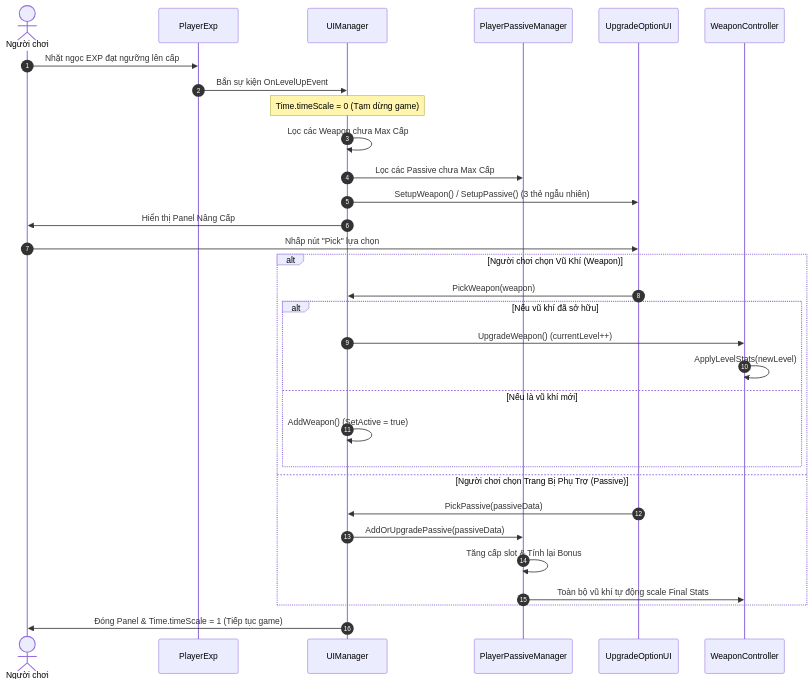
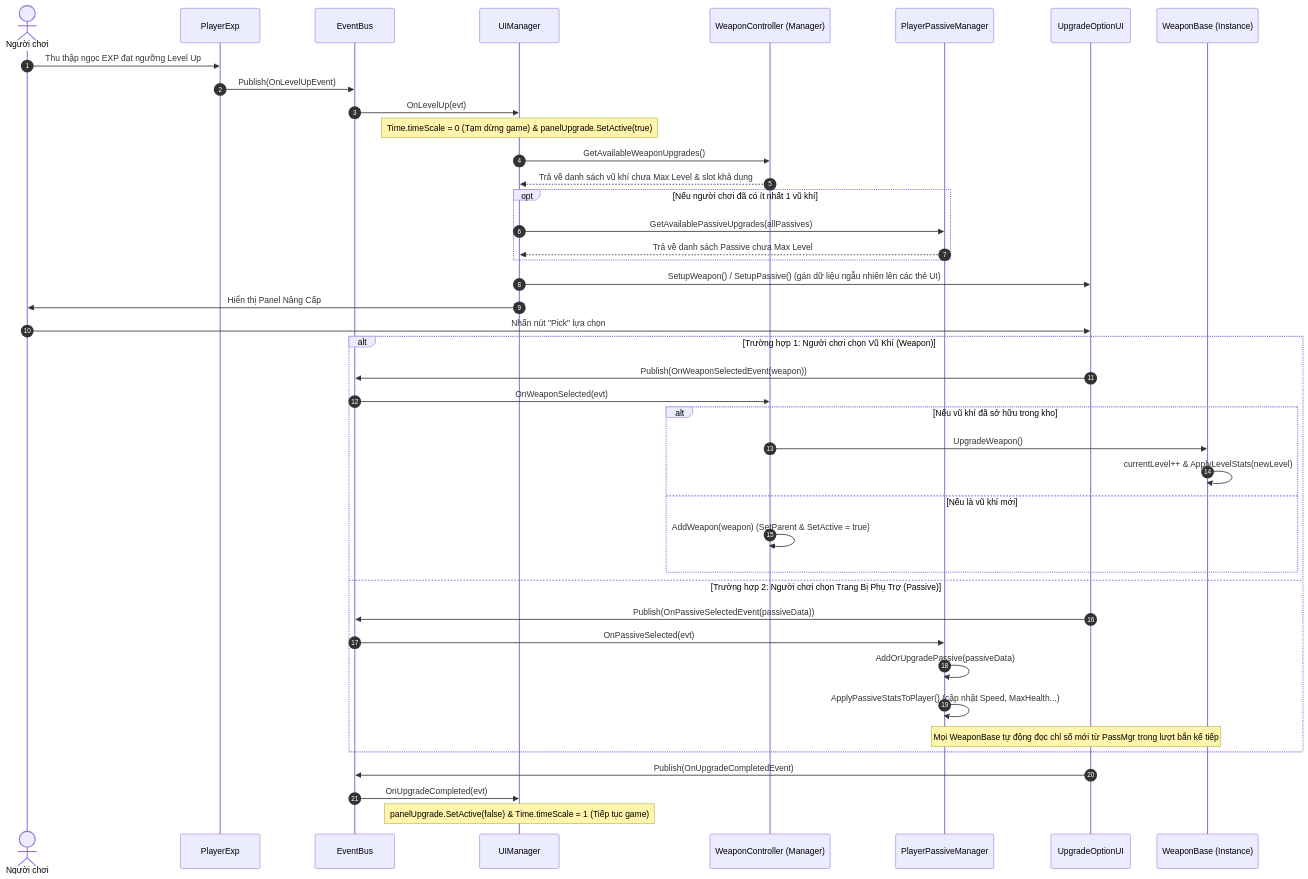
The second of 3 diagrams in Docs/UML_ARCHITECTURE.md (PhamTienThang2510/Game2d-TopDown-rougelike-VampireSurvivalLike), drawn with Mermaid before and after one commit. The commit also changed other lines of this file, not shown here.

Commit message:
Docs: Cập nhật sơ đồ UML theo kiến trúc WeaponBase, WeaponController và EventBus

````diff
--- a/Docs/UML_ARCHITECTURE.md
+++ b/Docs/UML_ARCHITECTURE.md
@@ -204,37 +285,51 @@
 ```mermaid
 sequenceDiagram
     autonumber
     actor Player as Người chơi
     participant PExp as PlayerExp
+    participant EB as EventBus
     participant UIM as UIManager
+    participant WC as WeaponController (Manager)
     participant PassMgr as PlayerPassiveManager
     participant OptUI as UpgradeOptionUI
-    participant WC as WeaponController
+    participant WB as WeaponBase (Instance)
 
-    Player->>PExp: Nhặt ngọc EXP đạt ngưỡng lên cấp
-    PExp->>UIM: Bắn sự kiện OnLevelUpEvent
-    Note over UIM: Time.timeScale = 0 (Tạm dừng game)
-    UIM->>UIM: Lọc các Weapon chưa Max Cấp
-    UIM->>PassMgr: Lọc các Passive chưa Max Cấp
-    UIM->>OptUI: SetupWeapon() / SetupPassive() (3 thẻ ngẫu nhiên)
+    Player->>PExp: Thu thập ngọc EXP đạt ngưỡng Level Up
+    PExp->>EB: Publish(OnLevelUpEvent)
+    EB->>UIM: OnLevelUp(evt)
+    Note over UIM: Time.timeScale = 0 (Tạm dừng game) & panelUpgrade.SetActive(true)
+
+    UIM->>WC: GetAvailableWeaponUpgrades()
+    WC-->>UIM: Trả về danh sách vũ khí chưa Max Level & slot khả dụng
+
+    opt Nếu người chơi đã có ít nhất 1 vũ khí
+        UIM->>PassMgr: GetAvailablePassiveUpgrades(allPassives)
+        PassMgr-->>UIM: Trả về danh sách Passive chưa Max Level
+    end
+
+    UIM->>OptUI: SetupWeapon() / SetupPassive() (gán dữ liệu ngẫu nhiên lên các thẻ UI)
     UIM->>Player: Hiển thị Panel Nâng Cấp
 
-    Player->>OptUI: Nhấp nút "Pick" lựa chọn
+    Player->>OptUI: Nhấn nút "Pick" lựa chọn
 
-    alt Người chơi chọn Vũ Khí (Weapon)
-        OptUI->>UIM: PickWeapon(weapon)
-        alt Nếu vũ khí đã sở hữu
-            UIM->>WC: UpgradeWeapon() (currentLevel++)
-            WC->>WC: ApplyLevelStats(newLevel)
+    alt Trường hợp 1: Người chơi chọn Vũ Khí (Weapon)
+        OptUI->>EB: Publish(OnWeaponSelectedEvent(weapon))
+        EB->>WC: OnWeaponSelected(evt)
+        alt Nếu vũ khí đã sở hữu trong kho
+            WC->>WB: UpgradeWeapon()
+            WB->>WB: currentLevel++ & ApplyLevelStats(newLevel)
         else Nếu là vũ khí mới
-            UIM->>UIM: AddWeapon() (SetActive = true)
+            WC->>WC: AddWeapon(weapon) (SetParent & SetActive = true)
         end
-    else Người chơi chọn Trang Bị Phụ Trợ (Passive)
-        OptUI->>UIM: PickPassive(passiveData)
-        UIM->>PassMgr: AddOrUpgradePassive(passiveData)
-        PassMgr->>PassMgr: Tăng cấp slot & Tính lại Bonus
-        PassMgr->>WC: Toàn bộ vũ khí tự động scale Final Stats
+    else Trường hợp 2: Người chơi chọn Trang Bị Phụ Trợ (Passive)
+        OptUI->>EB: Publish(OnPassiveSelectedEvent(passiveData))
+        EB->>PassMgr: OnPassiveSelected(evt)
+        PassMgr->>PassMgr: AddOrUpgradePassive(passiveData)
+        PassMgr->>PassMgr: ApplyPassiveStatsToPlayer() (cập nhật Speed, MaxHealth...)
+        Note over WB,PassMgr: Mọi WeaponBase tự động đọc chỉ số mới từ PassMgr trong lượt bắn kế tiếp
     end
 
-    UIM->>Player: Đóng Panel & Time.timeScale = 1 (Tiếp tục game)
+    OptUI->>EB: Publish(OnUpgradeCompletedEvent)
+    EB->>UIM: OnUpgradeCompleted(evt)
+    Note over UIM: panelUpgrade.SetActive(false) & Time.timeScale = 1 (Tiếp tục game)
 ```
````
